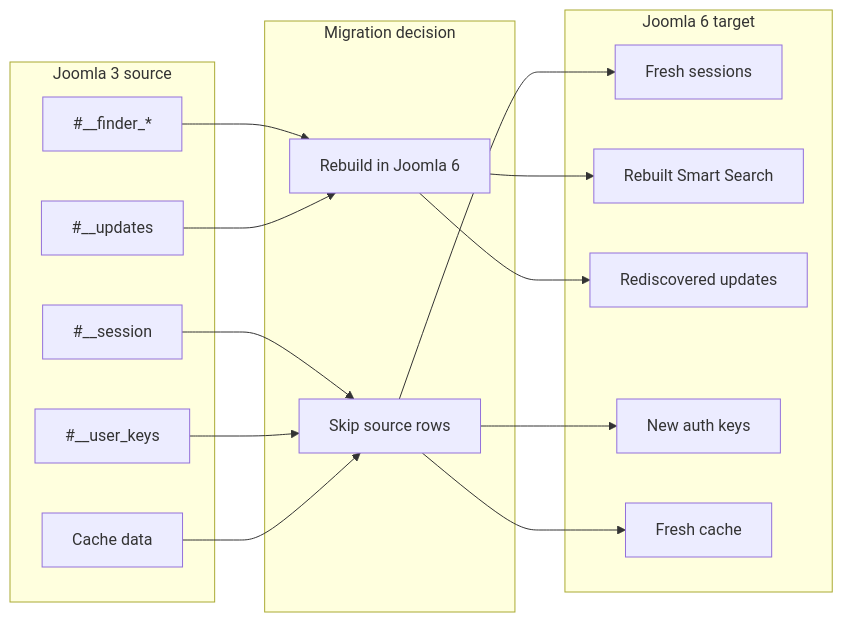
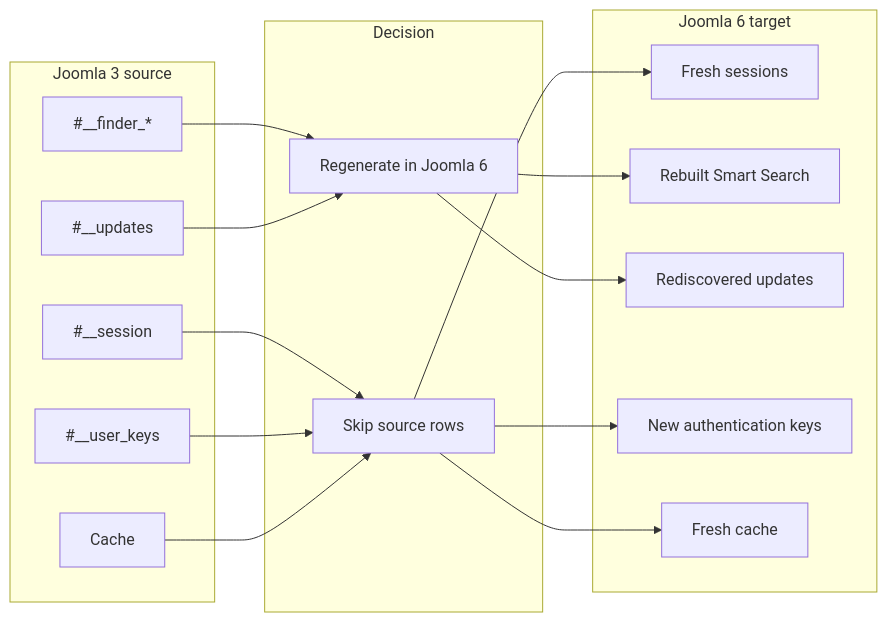
Before and after one commit to duyduyly/php-notebook: diagram 18 of 21 in docs/joomla/learning/database/joomla3-vs-joomla6-erd-gap-diagrams.md, drawn with Mermaid. The commit also changed other lines of this file, not shown here.

Commit message:
docs: improve Joomla 3 vs Joomla 6 ERD gap diagrams

````diff
--- a/docs/joomla/learning/database/joomla3-vs-joomla6-erd-gap-diagrams.md
+++ b/docs/joomla/learning/database/joomla3-vs-joomla6-erd-gap-diagrams.md
@@ -511,29 +620,29 @@
 ```mermaid
 flowchart LR
-    subgraph J3["Joomla 3 source"]
+    subgraph SOURCE["Joomla 3 source"]
         SESSION["#__session"]
         FINDER["#__finder_*"]
         UPDATES["#__updates"]
         KEYS["#__user_keys"]
-        CACHE["Cache data"]
+        CACHE["Cache"]
     end
 
-    subgraph DECISION["Migration decision"]
+    subgraph ACTION["Decision"]
         SKIP["Skip source rows"]
-        REBUILD["Rebuild in Joomla 6"]
+        REBUILD["Regenerate in Joomla 6"]
     end
 
-    subgraph J6["Joomla 6 target"]
+    subgraph TARGET["Joomla 6 target"]
         NEWSESSION["Fresh sessions"]
-        NEWINDEX["Rebuilt Smart Search"]
+        NEWFINDER["Rebuilt Smart Search"]
         NEWUPDATES["Rediscovered updates"]
-        NEWKEYS["New auth keys"]
+        NEWKEYS["New authentication keys"]
         NEWCACHE["Fresh cache"]
     end
 
     SESSION --> SKIP --> NEWSESSION
-    FINDER --> REBUILD --> NEWINDEX
-    UPDATES --> REBUILD --> NEWUPDATES
     KEYS --> SKIP --> NEWKEYS
     CACHE --> SKIP --> NEWCACHE
+    FINDER --> REBUILD --> NEWFINDER
+    UPDATES --> REBUILD --> NEWUPDATES
 ```
````
